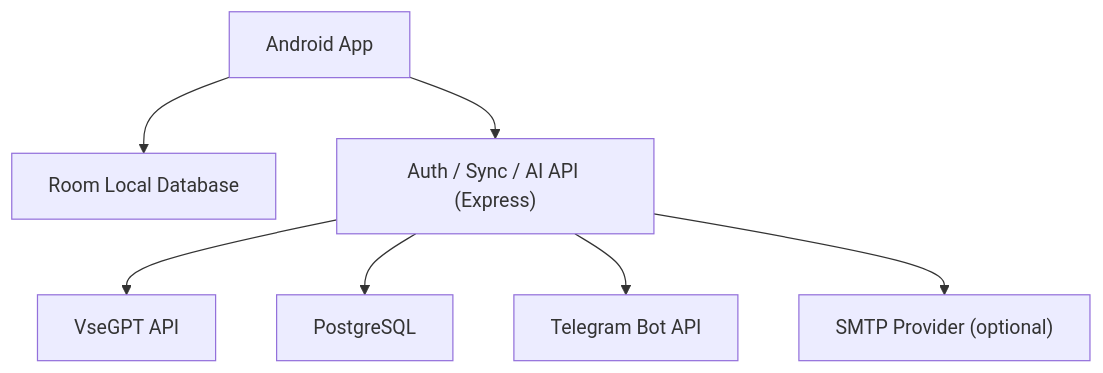
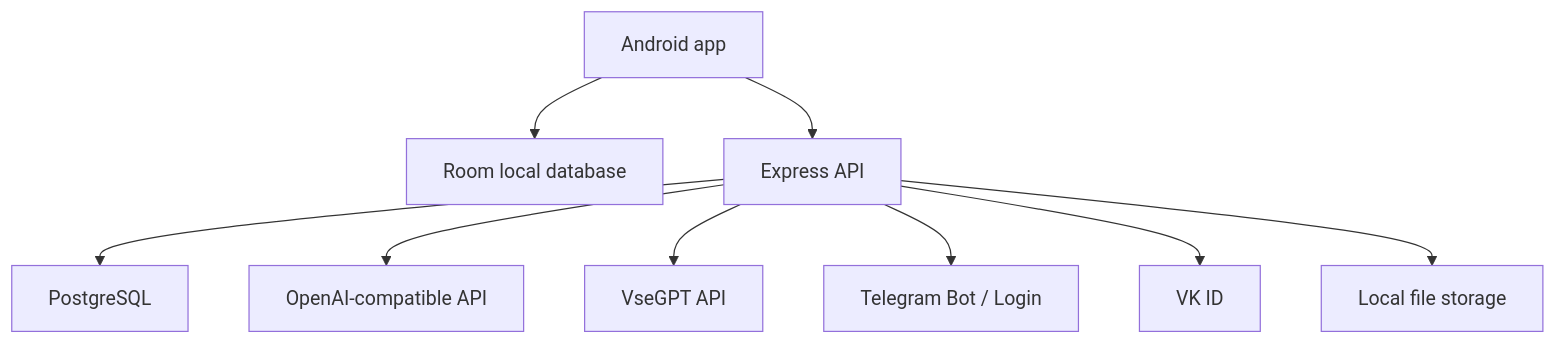
One commit to Moii-gh/FreeChat-AndroidApp changed the diagram in README.md. Above: the diagram before and after it, drawn with Mermaid. The commit also changed other lines of this file, not shown here.

````diff
--- a/README.md
+++ b/README.md
@@ -73,9 +81,11 @@
 ```mermaid
 flowchart TD
-    A["Android App"] --> B["Room Local Database"]
-    A --> C["Auth / Sync / AI API (Express)"]
-    C --> D["VseGPT API"]
-    C --> F["PostgreSQL"]
-    C --> G["Telegram Bot API"]
-    C --> H["SMTP Provider (optional)"]
+    A["Android app"] --> B["Room local database"]
+    A --> C["Express API"]
+    C --> D["PostgreSQL"]
+    C --> E["OpenAI-compatible API"]
+    C --> F["VseGPT API"]
+    C --> G["Telegram Bot / Login"]
+    C --> H["VK ID"]
+    C --> I["Local file storage"]
 ```
````
